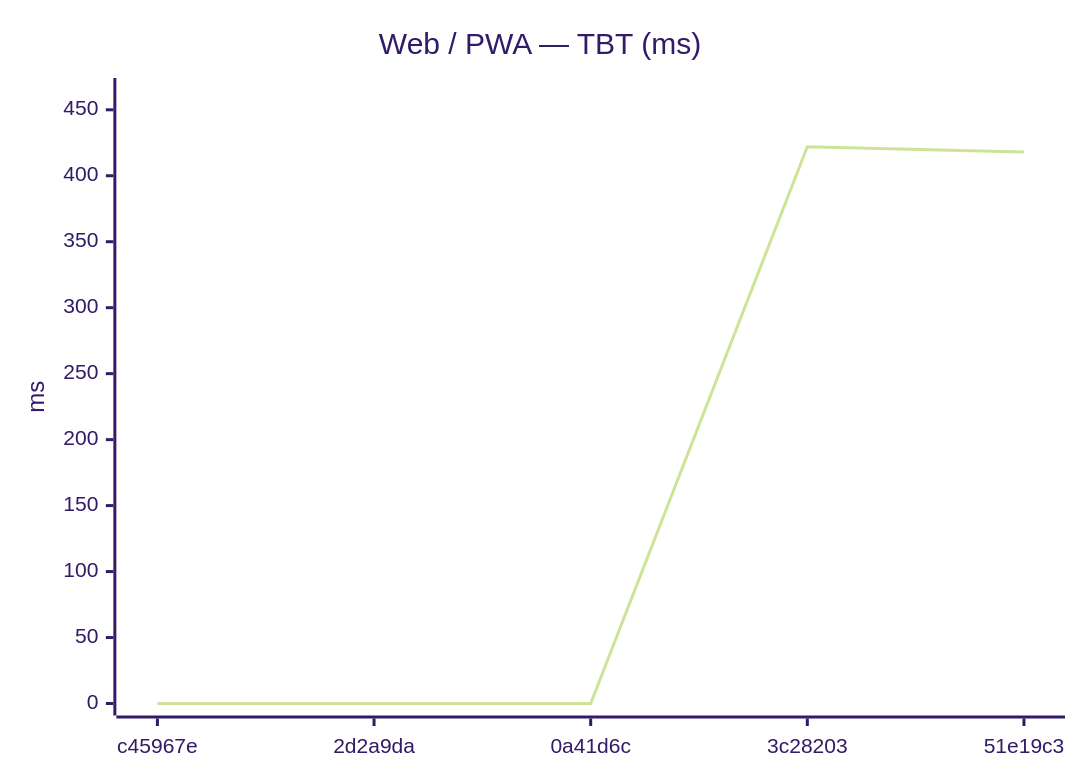
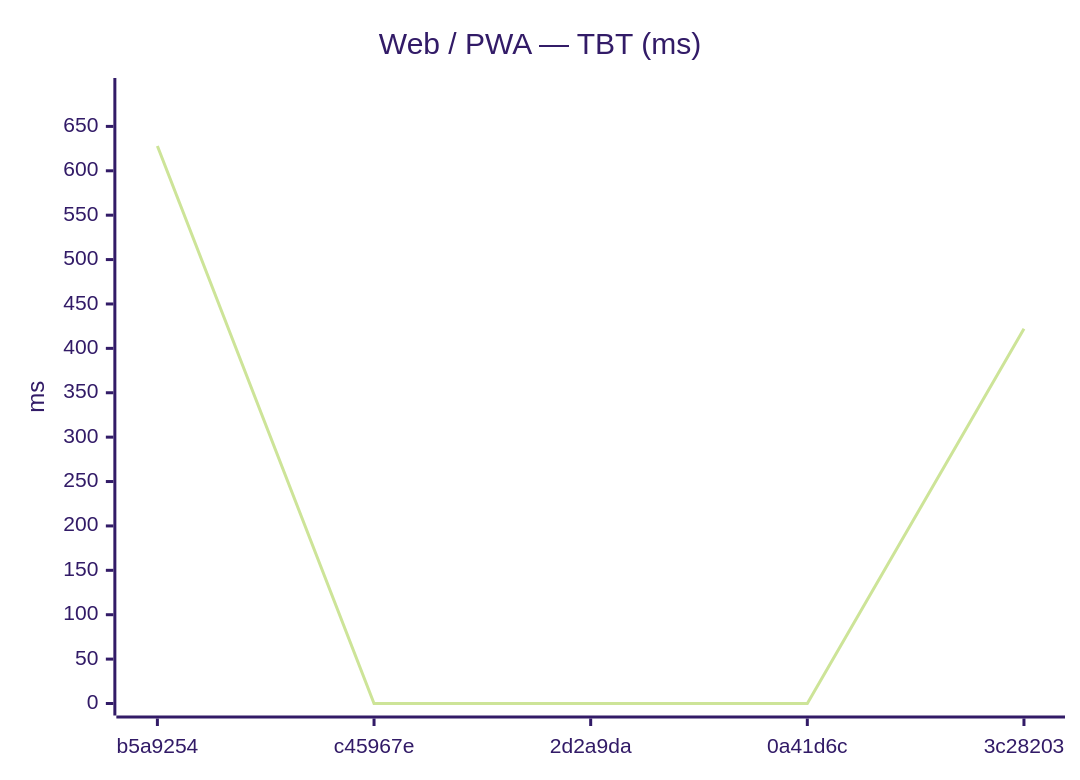
Before and after one commit to Metaheurist/Rianell: the eighth of 18 diagrams in benchmarks/compare.md, drawn with Mermaid (forest theme). The commit also changed other lines of this file and 11 other files, not shown here.

````diff
--- a/benchmarks/compare.md
+++ b/benchmarks/compare.md
@@ -124,7 +124,7 @@
 ```mermaid
 xychart-beta
     title "Web / PWA — TBT (ms)"
-    x-axis ["c45967e", "2d2a9da", "0a41d6c", "3c28203", "51e19c3"]
-    y-axis "ms" 0 --> 465
-    line [0, 0, 0, 422, 418]
+    x-axis ["b5a9254", "c45967e", "2d2a9da", "0a41d6c", "3c28203"]
+    y-axis "ms" 0 --> 691
+    line [628, 0, 0, 0, 422]
 ```
````
